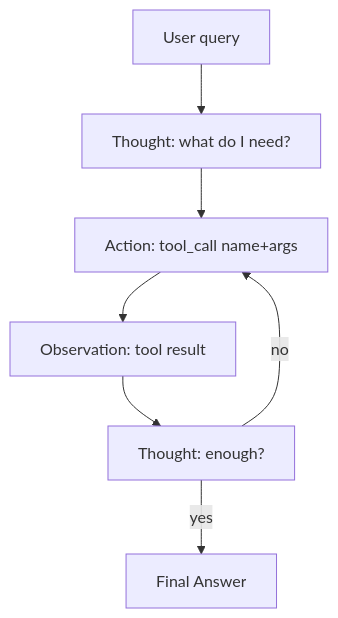
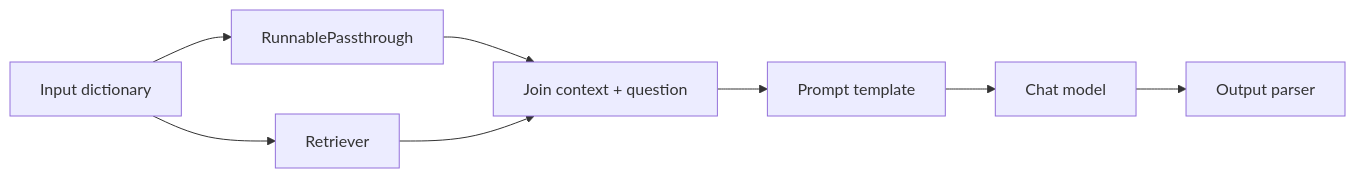
Before and after one commit to MakCoder-2004/AI-Engineering-Sheet: the fifth of 7 diagrams in 07.LangChain_Ecosystem/LangChain/LangChain.md, drawn with Mermaid. The commit also changed other lines of this file and 4 other files, not shown here.

````diff
--- a/07.LangChain_Ecosystem/LangChain/LangChain.md
+++ b/07.LangChain_Ecosystem/LangChain/LangChain.md
@@ -609,9 +295,10 @@
 ```mermaid
-flowchart TB
-    Q[User query] --> T1[Thought: what do I need?]
-    T1 --> A1[Action: tool_call name+args]
-    A1 --> O1[Observation: tool result]
-    O1 --> T2[Thought: enough?]
-    T2 -- no --> A1
-    T2 -- yes --> F[Final Answer]
+flowchart LR
+    I[Input dictionary] --> P[RunnablePassthrough]
+    I --> R[Retriever]
+    P --> J[Join context + question]
+    R --> J
+    J --> T[Prompt template]
+    T --> M[Chat model]
+    M --> O[Output parser]
 ```
````
